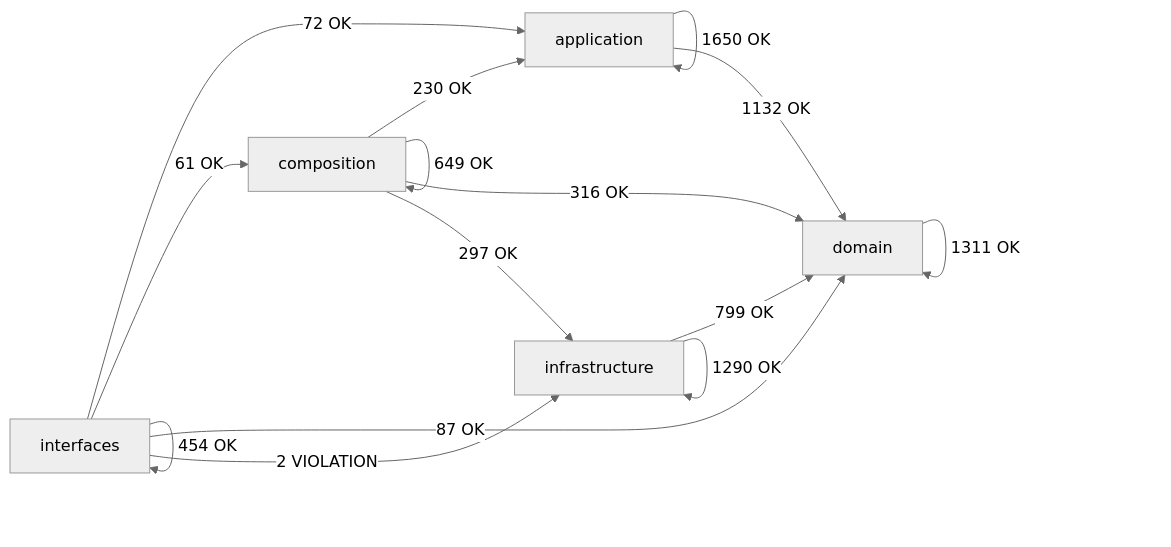
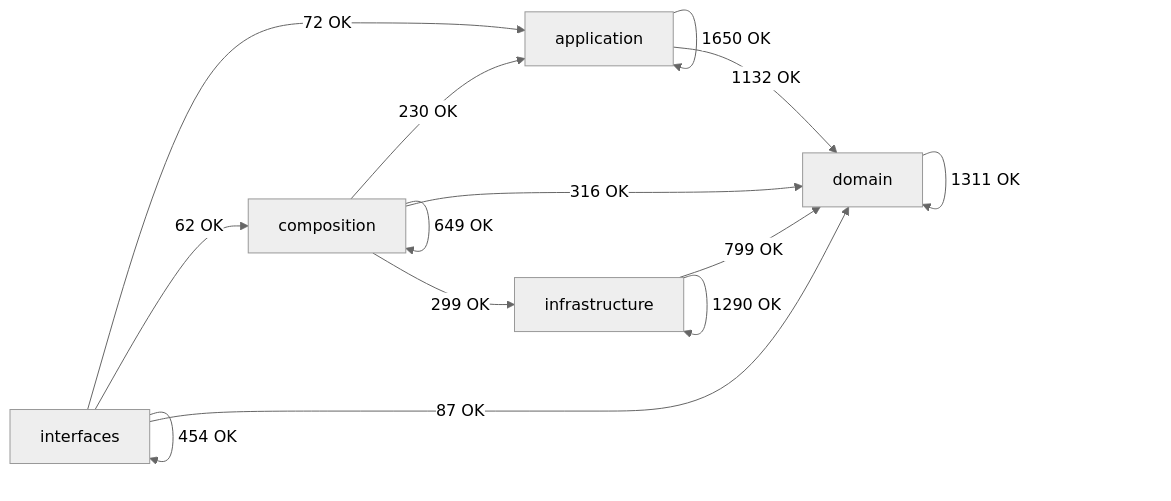
Before and after one commit to SatoryKono/BioactivityDataAcquisition: the diagram in docs/02-architecture/generated/module-dependency-map.md, drawn with Mermaid (neutral theme). The commit also changed other lines of this file and 4 other files, not shown here.

````diff
--- a/docs/02-architecture/generated/module-dependency-map.md
+++ b/docs/02-architecture/generated/module-dependency-map.md
@@ -17,22 +17,21 @@
 ```mermaid
 flowchart LR
     domain[domain]
     application[application]
     infrastructure[infrastructure]
     composition[composition]
     interfaces[interfaces]
     application -->|1650 OK| application
     application -->|1132 OK| domain
     composition -->|230 OK| application
     composition -->|649 OK| composition
     composition -->|316 OK| domain
-    composition -->|297 OK| infrastructure
+    composition -->|299 OK| infrastructure
     domain -->|1311 OK| domain
     infrastructure -->|799 OK| domain
     infrastructure -->|1290 OK| infrastructure
     interfaces -->|72 OK| application
-    interfaces -->|61 OK| composition
+    interfaces -->|62 OK| composition
     interfaces -->|87 OK| domain
-    interfaces -->|2 VIOLATION| infrastructure
     interfaces -->|454 OK| interfaces
 ```
````
